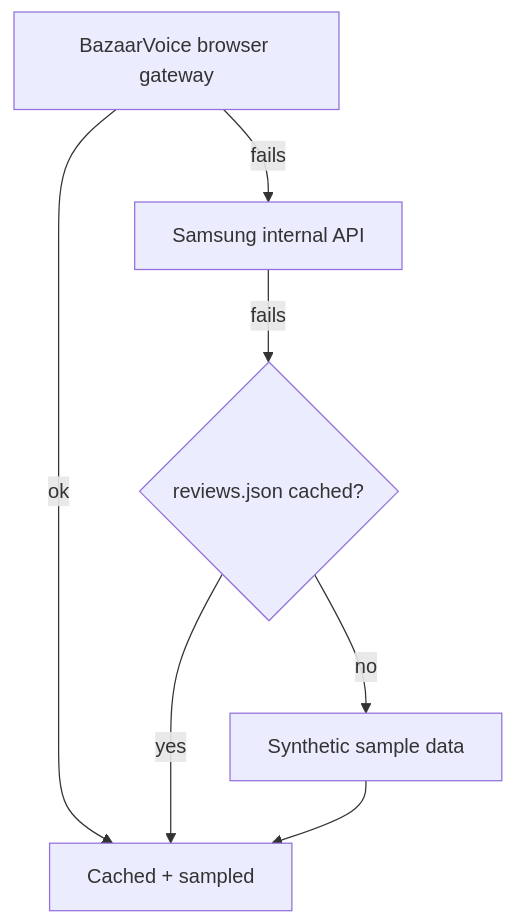
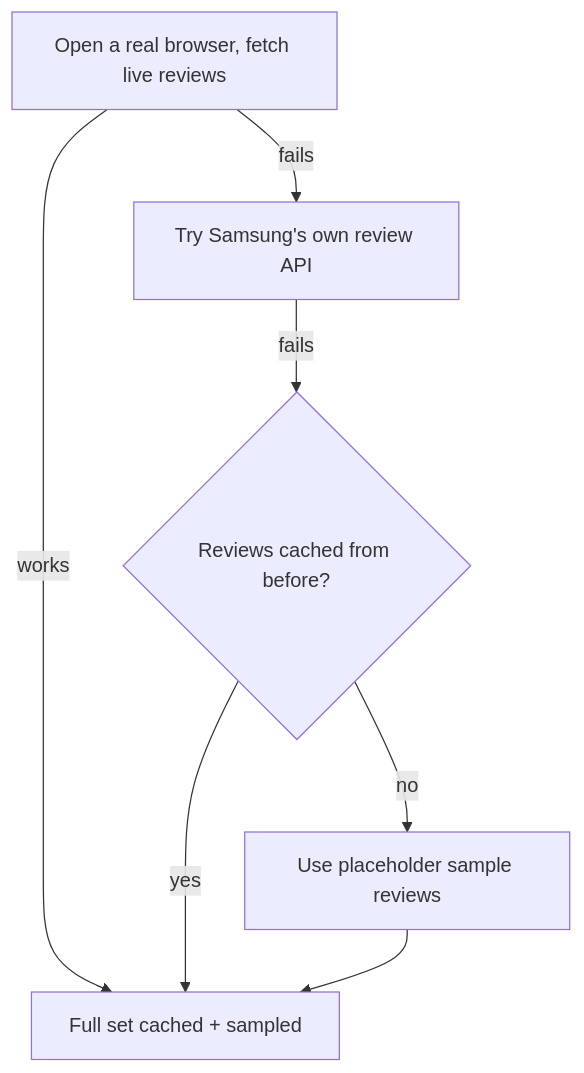
Before and after one commit to dianakang/voc-intelligence-platform: the second of 4 diagrams in README.md, drawn with Mermaid. The commit also changed other lines of this file, not shown here.

````diff
--- a/README.md
+++ b/README.md
@@ -29,9 +49,9 @@
 ```mermaid
 flowchart TD
-    A[BazaarVoice browser gateway] -->|ok| E[Cached + sampled]
-    A -->|fails| B[Samsung internal API]
-    B -->|fails| C{reviews.json cached?}
+    A[Open a real browser, fetch live reviews] -->|works| E[Full set cached + sampled]
+    A -->|fails| B[Try Samsung's own review API]
+    B -->|fails| C{Reviews cached from before?}
     C -->|yes| E
-    C -->|no| D[Synthetic sample data]
+    C -->|no| D[Use placeholder sample reviews]
     D --> E
 ```
````
